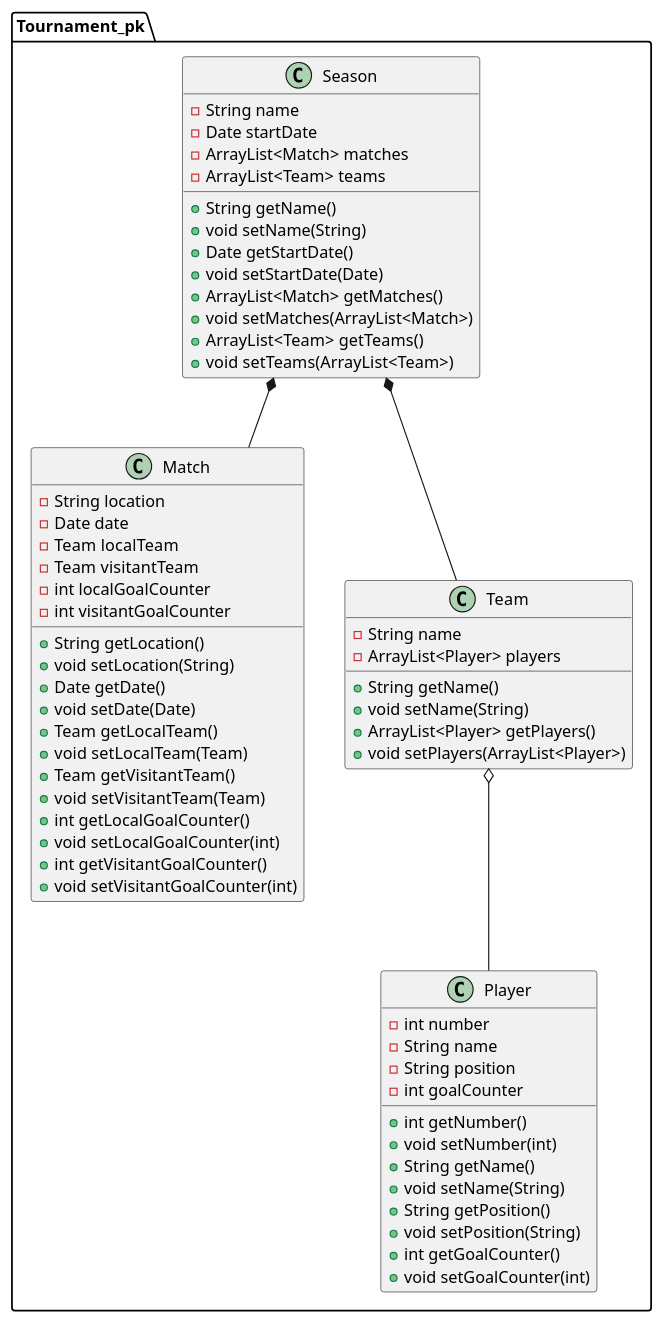
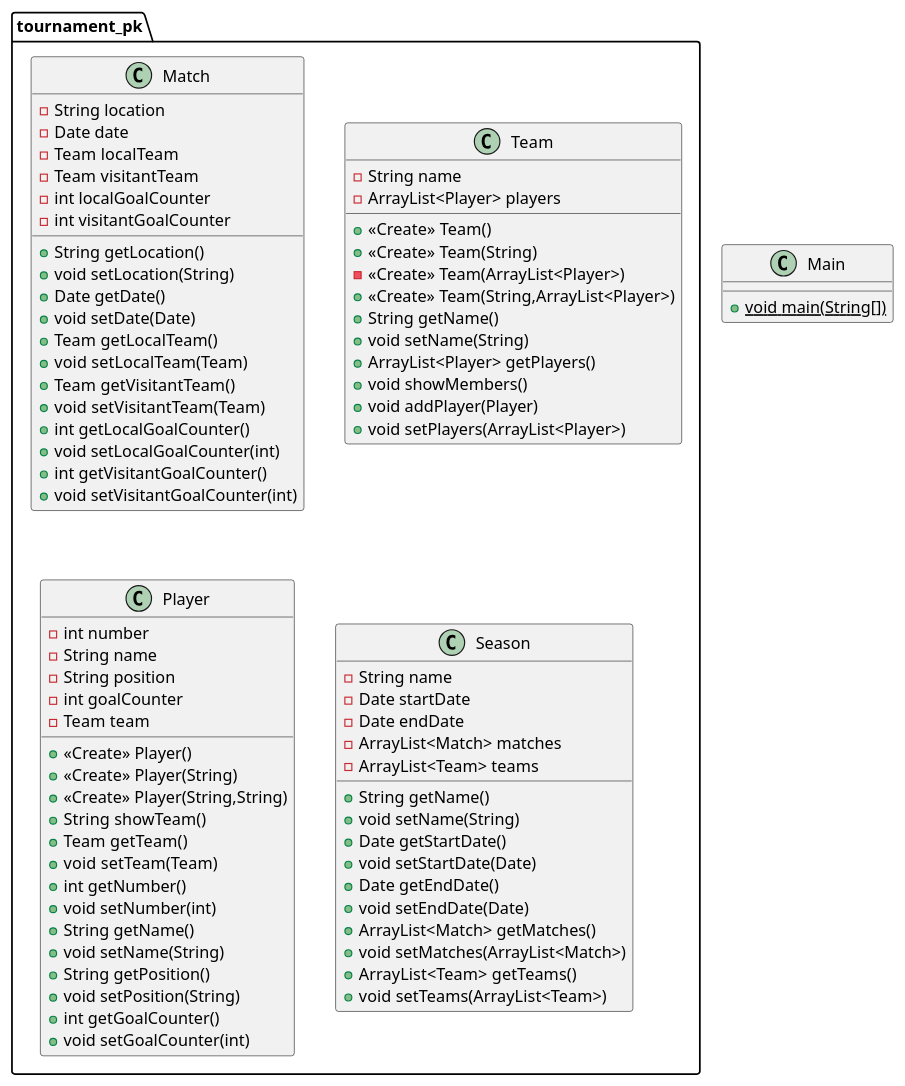
One commit to MalexD08/poo_davinci_tournament changed the diagram in class_diagram.puml. Above: the diagram before and after it, drawn with PlantUML. The commit also changed 1 other file, not shown here.

Commit message:
feat: add player teams

```diff
--- a/class_diagram.puml
+++ b/class_diagram.puml
@@ -1,66 +1,77 @@
 @startuml
-class Tournament_pk.Player {
-- int number
-- String name
-- String position
-- int goalCounter
-+ int getNumber()
-+ void setNumber(int)
-+ String getName()
-+ void setName(String)
-+ String getPosition()
-+ void setPosition(String)
-+ int getGoalCounter()
-+ void setGoalCounter(int)
-}
-class Tournament_pk.Match {
+class tournament_pk.Match {
 - String location
 - Date date
 - Team localTeam
 - Team visitantTeam
 - int localGoalCounter
 - int visitantGoalCounter
 + String getLocation()
 + void setLocation(String)
 + Date getDate()
 + void setDate(Date)
 + Team getLocalTeam()
 + void setLocalTeam(Team)
 + Team getVisitantTeam()
 + void setVisitantTeam(Team)
 + int getLocalGoalCounter()
 + void setLocalGoalCounter(int)
 + int getVisitantGoalCounter()
 + void setVisitantGoalCounter(int)
 }
-
-
-class Tournament_pk.Season {
+class tournament_pk.Team {
+- String name
+- ArrayList<Player> players
++ <<Create>> Team()
++ <<Create>> Team(String)
+- <<Create>> Team(ArrayList<Player>)
++ <<Create>> Team(String,ArrayList<Player>)
++ String getName()
++ void setName(String)
++ ArrayList<Player> getPlayers()
++ void showMembers()
++ void addPlayer(Player)
++ void setPlayers(ArrayList<Player>)
+}
+class Main {
++ {static} void main(String[])
+}
+class tournament_pk.Player {
+- int number
+- String name
+- String position
+- int goalCounter
+- Team team
++ <<Create>> Player()
++ <<Create>> Player(String)
++ <<Create>> Player(String,String)
++ String showTeam()
++ Team getTeam()
++ void setTeam(Team)
++ int getNumber()
++ void setNumber(int)
++ String getName()
++ void setName(String)
++ String getPosition()
++ void setPosition(String)
++ int getGoalCounter()
++ void setGoalCounter(int)
+}
+class tournament_pk.Season {
 - String name
 - Date startDate
+- Date endDate
 - ArrayList<Match> matches
 - ArrayList<Team> teams
 + String getName()
 + void setName(String)
 + Date getStartDate()
 + void setStartDate(Date)
++ Date getEndDate()
++ void setEndDate(Date)
 + ArrayList<Match> getMatches()
 + void setMatches(ArrayList<Match>)
 + ArrayList<Team> getTeams()
 + void setTeams(ArrayList<Team>)
 }
-
-Tournament_pk.Season *-- Tournament_pk.Team
-Tournament_pk.Season *-- Tournament_pk.Match
-Tournament_pk.Team o-- Tournament_pk.Player
-
-
-class Tournament_pk.Team {
-- String name
-- ArrayList<Player> players
-+ String getName()
-+ void setName(String)
-+ ArrayList<Player> getPlayers()
-+ void setPlayers(ArrayList<Player>)
-}
 @enduml
```
